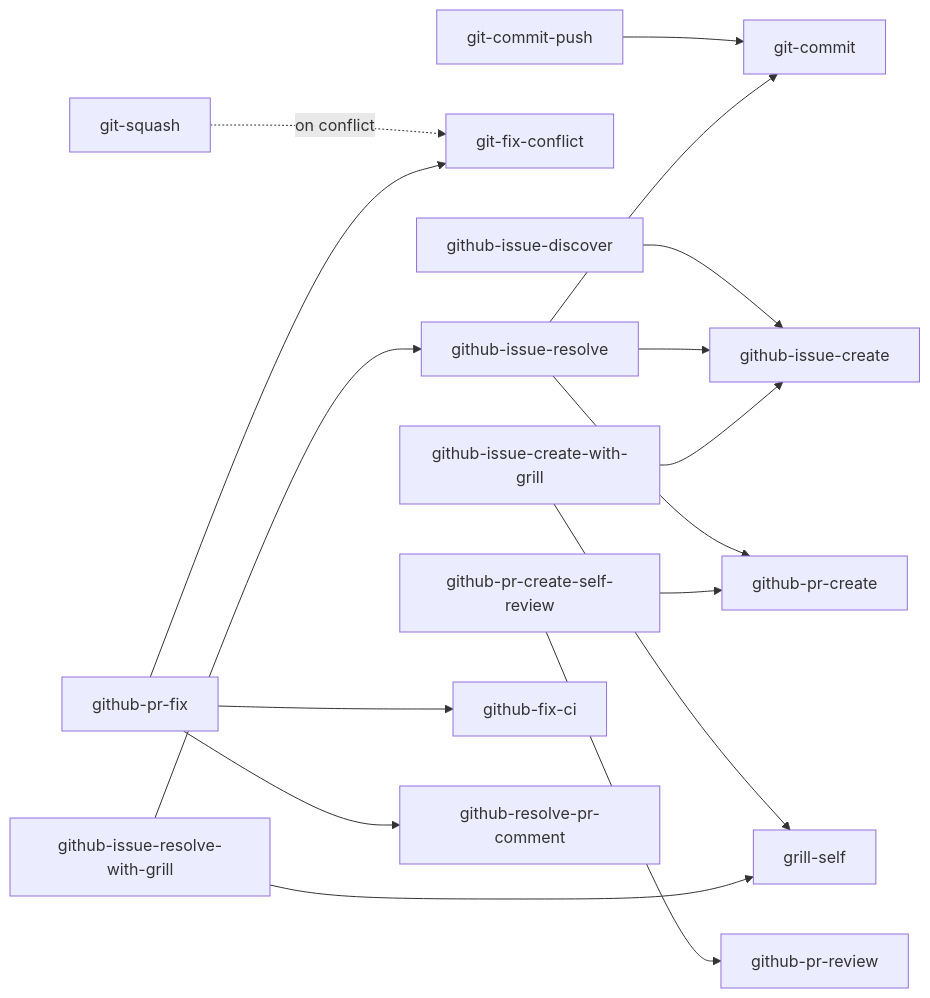
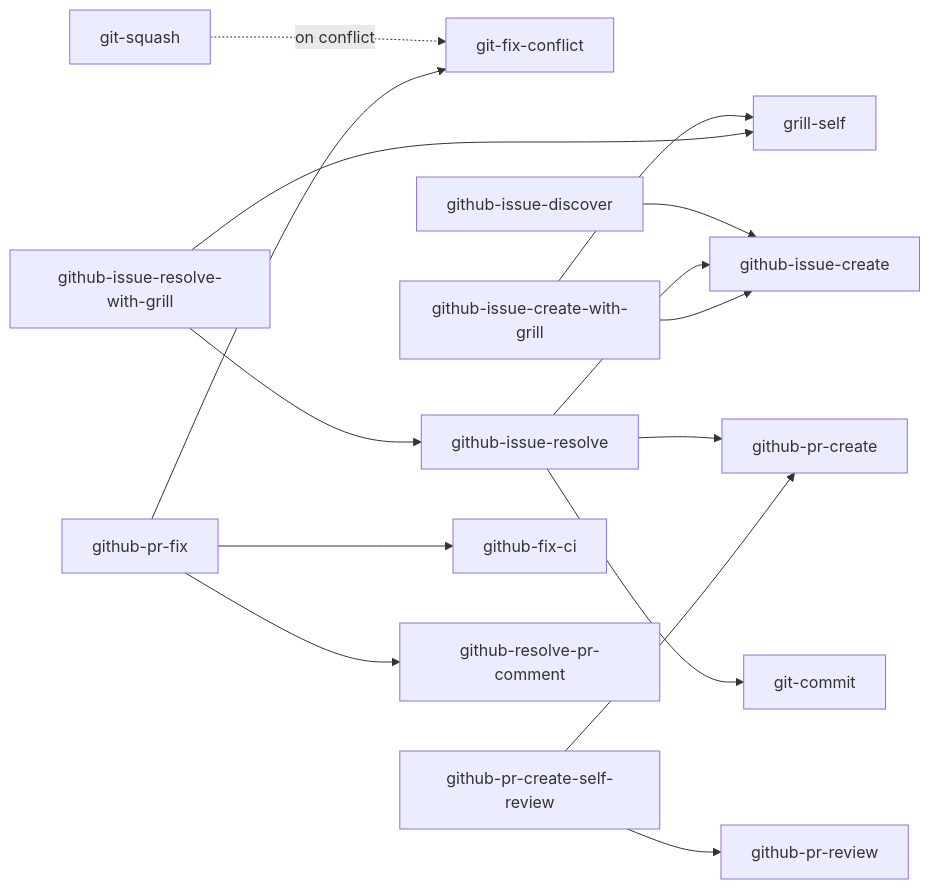
The diagram in doc/skills.md (mjun0812/dotfiles), drawn with Mermaid before and after one commit. The commit also changed other lines of this file and 7 other files, not shown here.

````diff
--- a/doc/skills.md
+++ b/doc/skills.md
@@ -96,23 +94,22 @@
 ```mermaid
 graph LR
-    git-commit-push --> git-commit
     git-squash -. on conflict .-> git-fix-conflict
 
     github-issue-discover --> github-issue-create
     github-issue-resolve --> github-issue-create
     github-issue-resolve --> github-pr-create
     github-issue-resolve --> git-commit
 
     github-issue-create-with-grill --> grill-self
     github-issue-create-with-grill --> github-issue-create
 
     github-issue-resolve-with-grill --> grill-self
     github-issue-resolve-with-grill --> github-issue-resolve
 
     github-pr-create-self-review --> github-pr-create
     github-pr-create-self-review --> github-pr-review
 
     github-pr-fix --> git-fix-conflict
     github-pr-fix --> github-fix-ci
     github-pr-fix --> github-resolve-pr-comment
 ```
````
